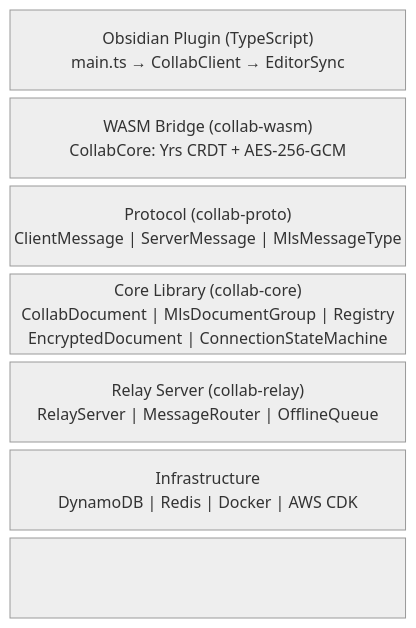
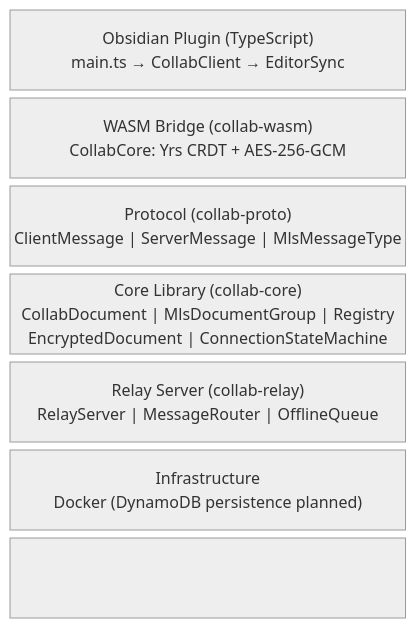
One commit to cajias/obsidian-ee changed the fourth of 7 diagrams in docs/architecture.md. Above: the diagram before and after it, drawn with Mermaid (neutral theme). The commit also changed other lines of this file and 22 other files, not shown here.

````diff
--- a/docs/architecture.md
+++ b/docs/architecture.md
@@ -75,13 +74,13 @@
 ```mermaid
 block-beta
     columns 1
     A["Obsidian Plugin (TypeScript)\nmain.ts → CollabClient → EditorSync"]
     B["WASM Bridge (collab-wasm)\nCollabCore: Yrs CRDT + AES-256-GCM"]
     C["Protocol (collab-proto)\nClientMessage | ServerMessage | MlsMessageType"]
     D["Core Library (collab-core)\nCollabDocument | MlsDocumentGroup | Registry\nEncryptedDocument | ConnectionStateMachine"]
     E["Relay Server (collab-relay)\nRelayServer | MessageRouter | OfflineQueue"]
-    F["Infrastructure\nDynamoDB | Redis | Docker | AWS CDK"]
+    F["Infrastructure\nDocker (DynamoDB persistence planned)"]
 
     A --> B --> C --> D
     D --> E --> F
 ```
````
